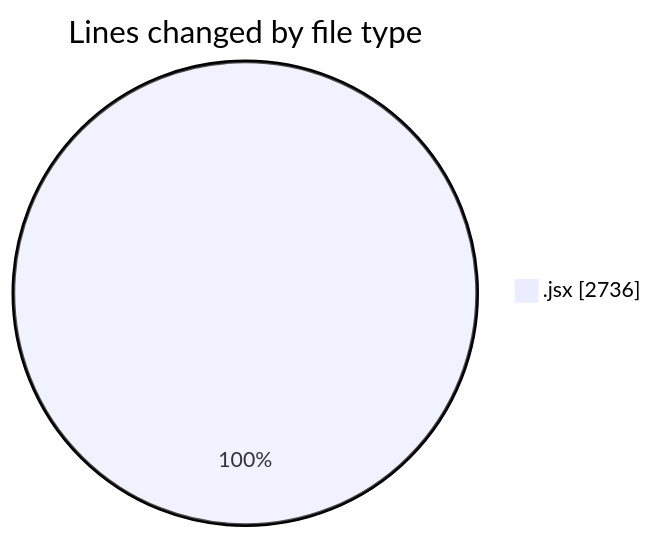
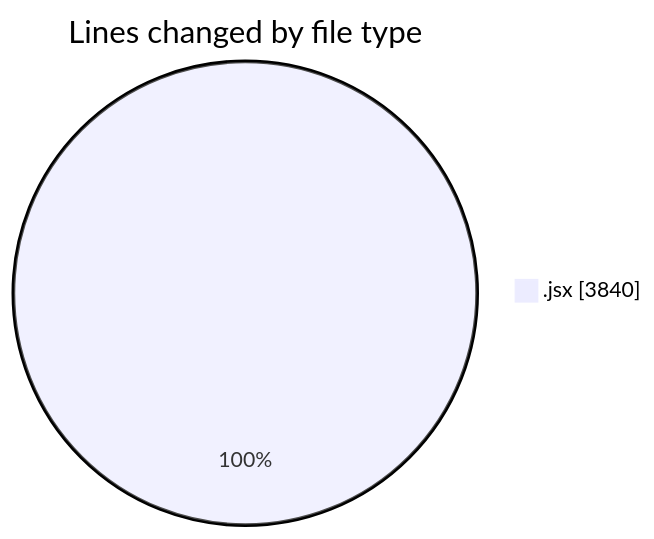
The first of 2 diagrams in 2025-11-18/nxtqube_webapp/README.md (nxtqubesakshisongat/code-tracking), drawn with Mermaid before and after one commit. The commit also changed other lines of this file and 1 other file, not shown here.

````diff
--- a/2025-11-18/nxtqube_webapp/README.md
+++ b/2025-11-18/nxtqube_webapp/README.md
@@ -23,5 +23,5 @@
 ```mermaid
 pie showData
 title Lines changed by file type
-".jsx" : 2736
+".jsx" : 3840
 ```
````
